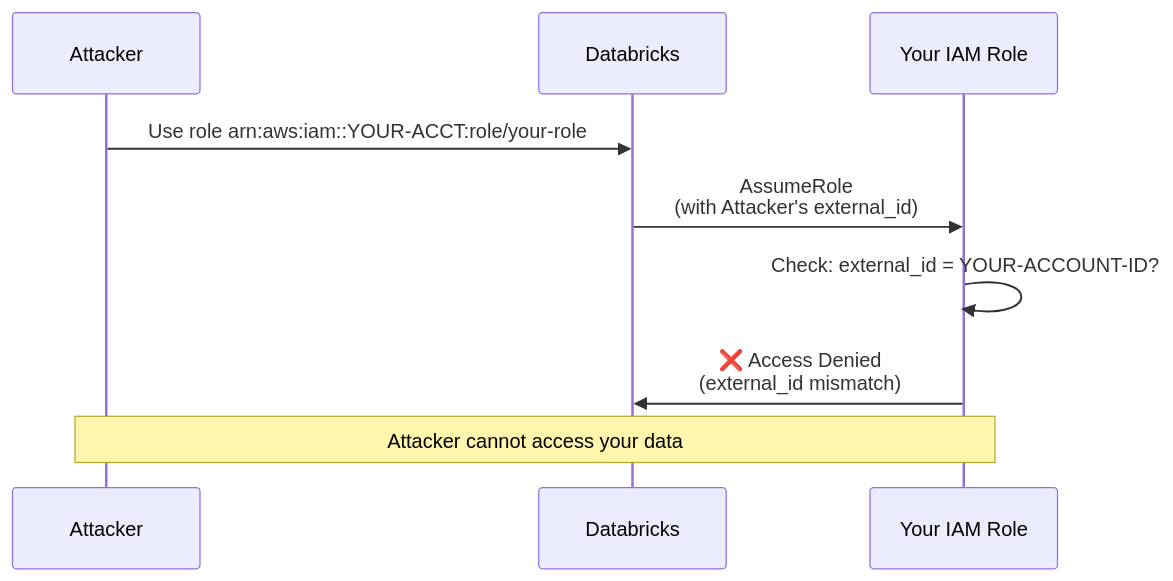
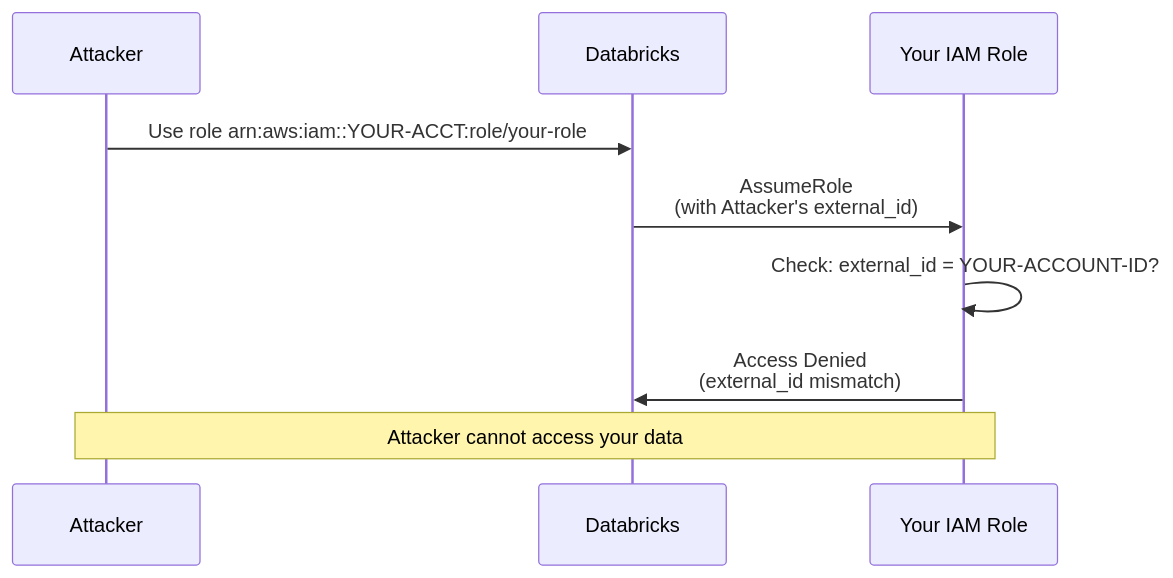
Before and after one commit to bhavink/databricks: diagram 18 of 21 in guides/identities.md, drawn with Mermaid. The commit also changed other lines of this file and 81 other files, not shown here.

````diff
--- a/guides/identities.md
+++ b/guides/identities.md
@@ -742,13 +742,13 @@
 ```mermaid
 sequenceDiagram
     participant Attacker
     participant DB as Databricks
     participant Your_Role as Your IAM Role
 
     Attacker->>DB: Use role arn:aws:iam::YOUR-ACCT:role/your-role
     DB->>Your_Role: AssumeRole<br/>(with Attacker's external_id)
     Your_Role->>Your_Role: Check: external_id = YOUR-ACCOUNT-ID?
-    Your_Role->>DB: ❌ Access Denied<br/>(external_id mismatch)
+    Your_Role->>DB: Access Denied<br/>(external_id mismatch)
 
     Note over Attacker,Your_Role: Attacker cannot access your data
 ```
````
